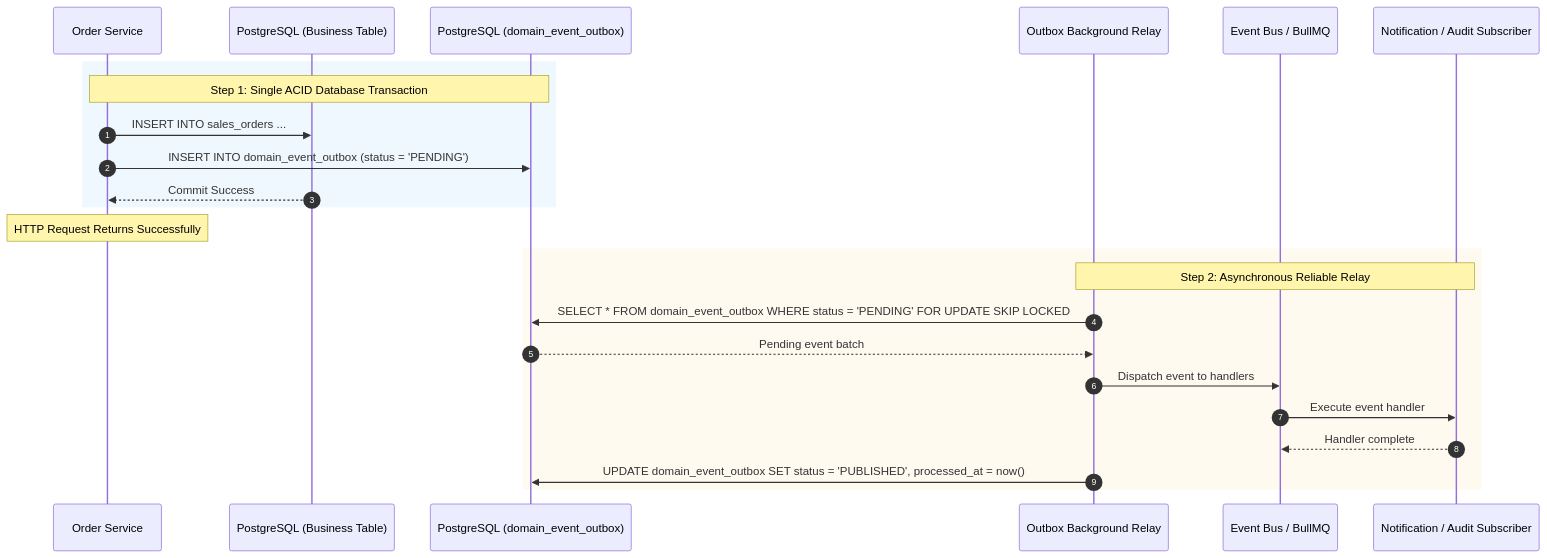
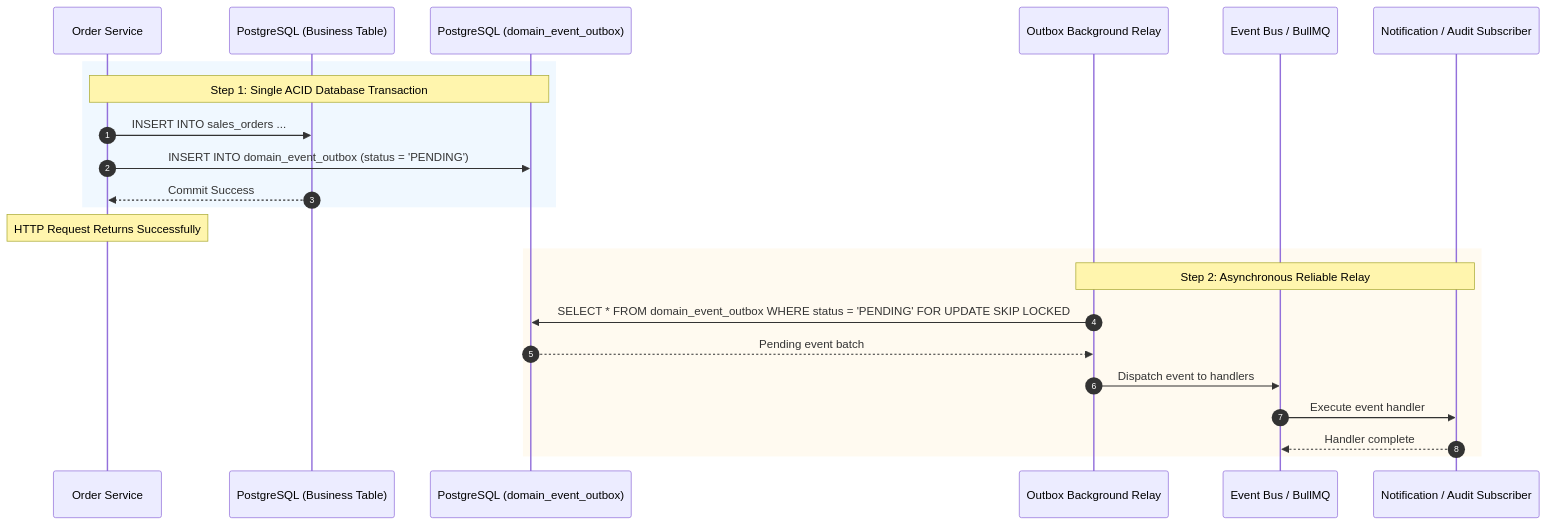
One commit to Zaib001/Shehswar changed the diagram in docs/architecture/event-architecture.md. Above: the diagram before and after it, drawn with Mermaid. The commit also changed other lines of this file and 52 other files, not shown here.

Commit message:
fix(arch): complete Phase 1 final architecture audit, corrections & verification

````diff
--- a/docs/architecture/event-architecture.md
+++ b/docs/architecture/event-architecture.md
@@ -14,29 +14,28 @@
 ```mermaid
 sequenceDiagram
     autonumber
     participant AppSvc as Order Service
     participant DB as PostgreSQL (Business Table)
     participant Outbox as PostgreSQL (domain_event_outbox)
     participant Relay as Outbox Background Relay
     participant Bus as Event Bus / BullMQ
     participant Subscriber as Notification / Audit Subscriber
 
     rect rgb(240, 248, 255)
         Note over AppSvc,Outbox: Step 1: Single ACID Database Transaction
         AppSvc->>DB: INSERT INTO sales_orders ...
         AppSvc->>Outbox: INSERT INTO domain_event_outbox (status = 'PENDING')
         DB-->>AppSvc: Commit Success
     end
 
     Note over AppSvc: HTTP Request Returns Successfully
 
     rect rgb(255, 250, 240)
         Note over Relay,Subscriber: Step 2: Asynchronous Reliable Relay
         Relay->>Outbox: SELECT * FROM domain_event_outbox WHERE status = 'PENDING' FOR UPDATE SKIP LOCKED
         Outbox-->>Relay: Pending event batch
         Relay->>Bus: Dispatch event to handlers
         Bus->>Subscriber: Execute event handler
         Subscriber-->>Bus: Handler complete
-        Relay->>Outbox: UPDATE domain_event_outbox SET status = 'PUBLISHED', processed_at = now()
     end
 ```
````
